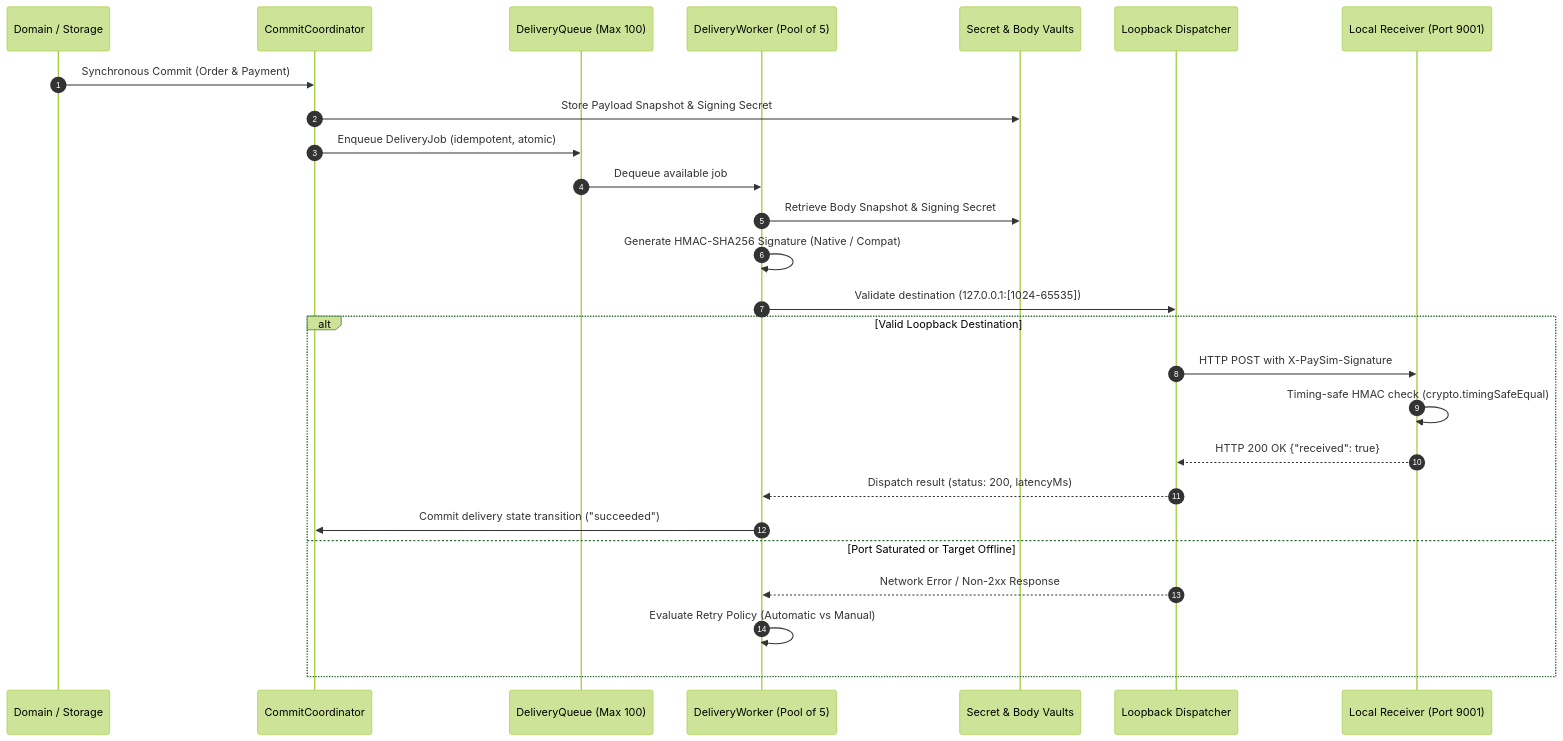
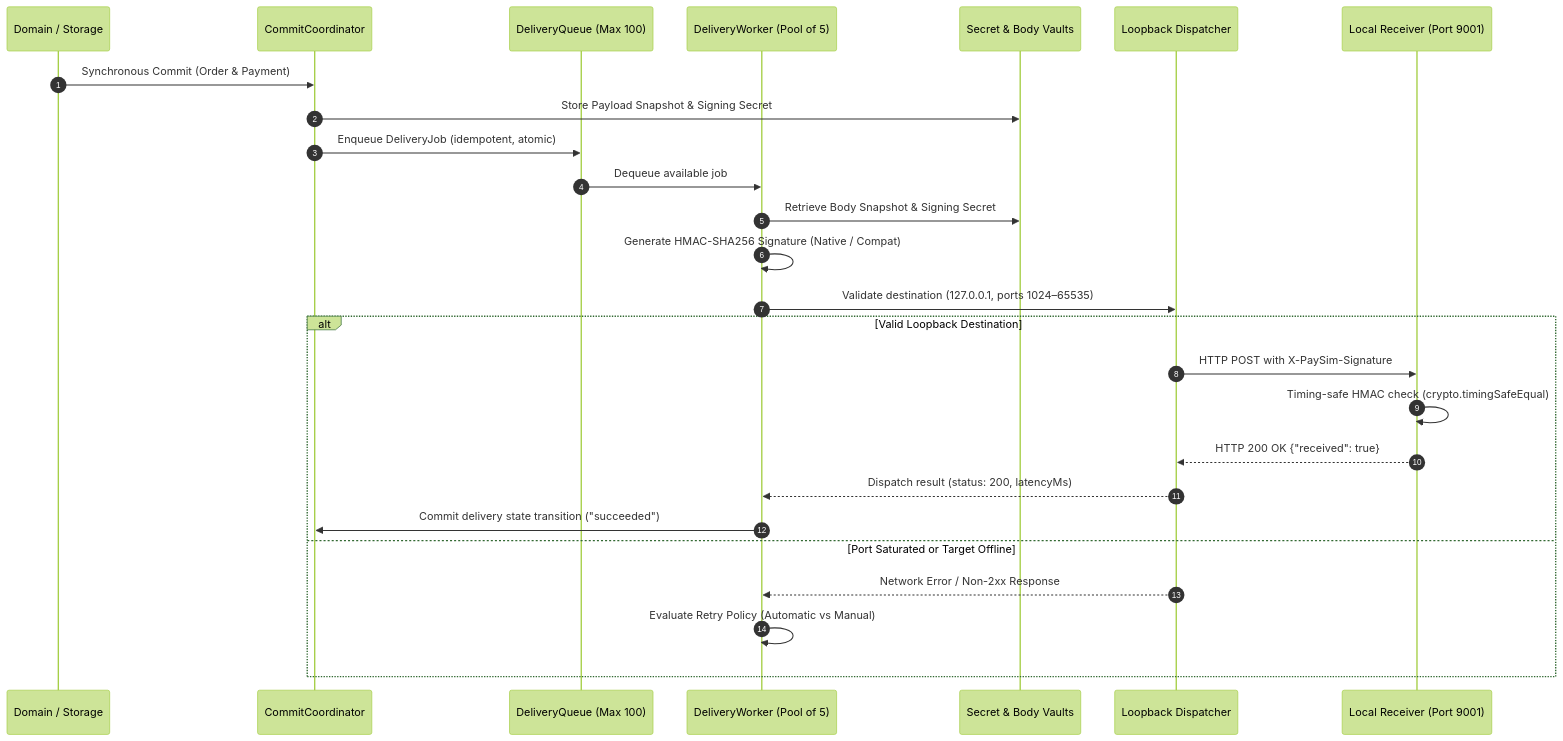
The third of 5 diagrams in docs/ARCHITECTURE_DIAGRAMS.md (ManojDevHub1/paysim), drawn with Mermaid (forest theme) before and after one commit. The commit also changed other lines of this file and 4 other files, not shown here.

````diff
--- a/docs/ARCHITECTURE_DIAGRAMS.md
+++ b/docs/ARCHITECTURE_DIAGRAMS.md
@@ -117,31 +117,31 @@
 ```mermaid
 sequenceDiagram
   autonumber
   participant Domain as Domain / Storage
   participant Coordinator as CommitCoordinator
   participant Queue as DeliveryQueue (Max 100)
   participant Worker as DeliveryWorker (Pool of 5)
   participant Vault as Secret & Body Vaults
   participant Dispatcher as Loopback Dispatcher
   participant Receiver as Local Receiver (Port 9001)
 
   Domain->>Coordinator: Synchronous Commit (Order & Payment)
   Coordinator->>Vault: Store Payload Snapshot & Signing Secret
   Coordinator->>Queue: Enqueue DeliveryJob (idempotent, atomic)
 
   Queue->>Worker: Dequeue available job
   Worker->>Vault: Retrieve Body Snapshot & Signing Secret
   Worker->>Worker: Generate HMAC-SHA256 Signature (Native / Compat)
-  Worker->>Dispatcher: Validate destination (127.0.0.1:[1024-65535])
+  Worker->>Dispatcher: Validate destination (127.0.0.1, ports 1024–65535)
 
   alt Valid Loopback Destination
     Dispatcher->>Receiver: HTTP POST with X-PaySim-Signature
     Receiver->>Receiver: Timing-safe HMAC check (crypto.timingSafeEqual)
     Receiver-->>Dispatcher: HTTP 200 OK {"received": true}
     Dispatcher-->>Worker: Dispatch result (status: 200, latencyMs)
     Worker->>Coordinator: Commit delivery state transition ("succeeded")
   else Port Saturated or Target Offline
     Dispatcher-->>Worker: Network Error / Non-2xx Response
     Worker->>Worker: Evaluate Retry Policy (Automatic vs Manual)
   end
 ```
````
